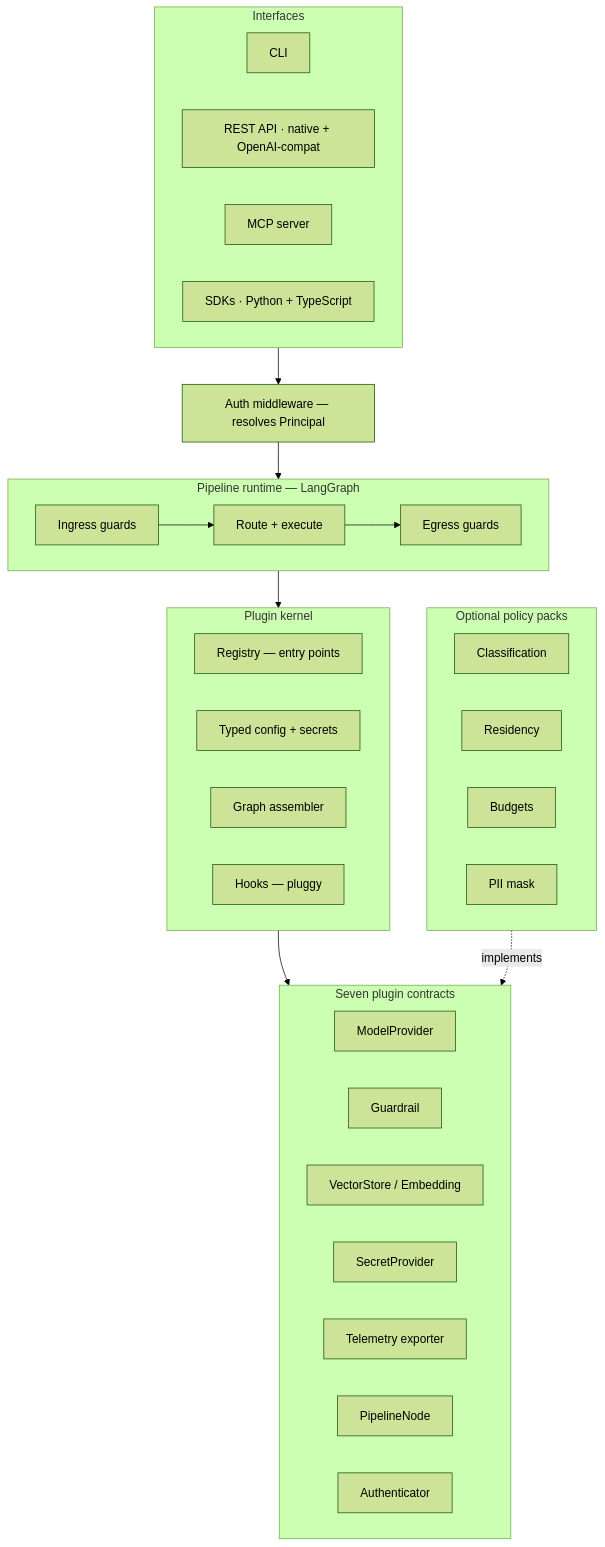
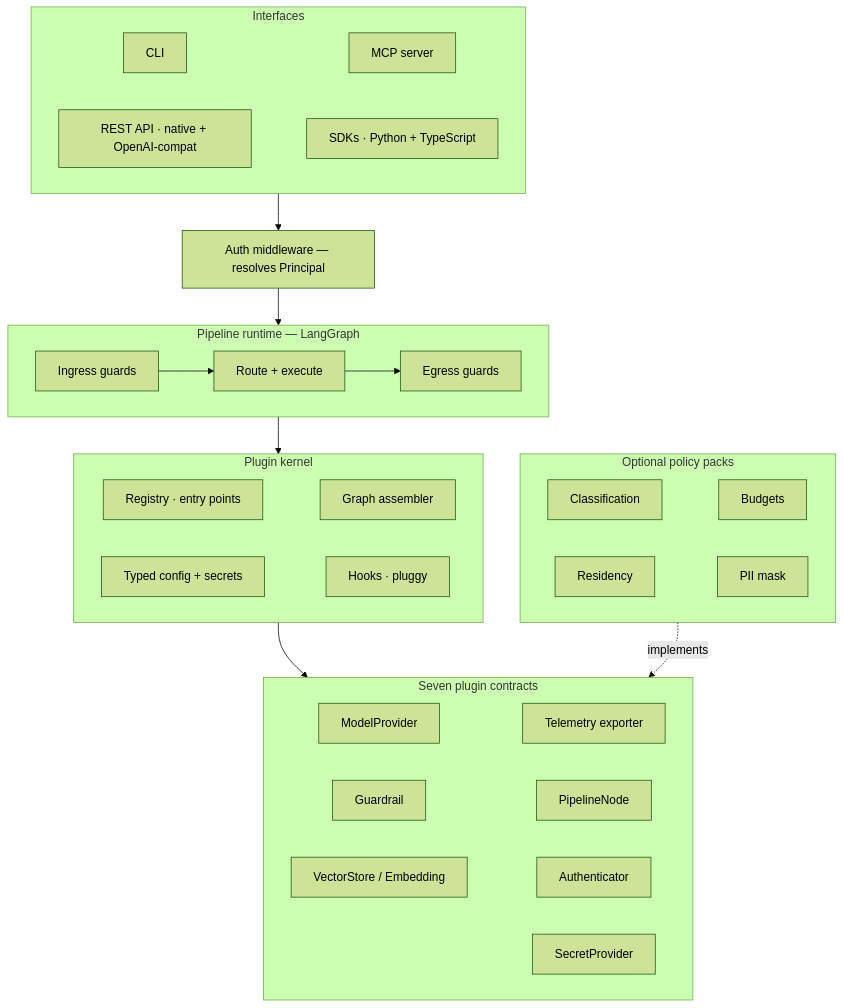
Before and after one commit to e-choness/portfolio-site: the first of 2 diagrams in _posts/2026-05-13-rebuilding-aegis-as-a-framework.md, drawn with Mermaid (forest theme). The commit also changed other lines of this file and 22 other files, not shown here.

Commit message:
improve diagram display

````diff
--- a/_posts/2026-05-13-rebuilding-aegis-as-a-framework.md
+++ b/_posts/2026-05-13-rebuilding-aegis-as-a-framework.md
@@ -36,36 +36,46 @@
 ```mermaid
 flowchart TD
     subgraph IF[Interfaces]
         CLI[CLI]
         REST[REST API · native + OpenAI-compat]
         MCPS[MCP server]
         SDK[SDKs · Python + TypeScript]
+        CLI ~~~ MCPS
+        REST ~~~ SDK
     end
     AUTH[Auth middleware — resolves Principal]
     subgraph PR[Pipeline runtime — LangGraph]
+        direction LR
         IN[Ingress guards] --> RX[Route + execute] --> EG[Egress guards]
     end
     subgraph K[Plugin kernel]
-        REG[Registry — entry points]
+        REG[Registry · entry points]
         CFG[Typed config + secrets]
         ASM[Graph assembler]
-        HK[Hooks — pluggy]
+        HK[Hooks · pluggy]
+        REG ~~~ ASM
+        CFG ~~~ HK
     end
     subgraph C[Seven plugin contracts]
         MP[ModelProvider]
         GP[Guardrail]
         RG[VectorStore / Embedding]
         SP[SecretProvider]
         TE[Telemetry exporter]
         PN[PipelineNode]
         AU[Authenticator]
+        MP ~~~ TE
+        GP ~~~ PN
+        RG ~~~ AU
     end
     subgraph PP[Optional policy packs]
         CL[Classification]
         RES[Residency]
         BUD[Budgets]
         PII[PII mask]
+        CL ~~~ BUD
+        RES ~~~ PII
     end
     IF --> AUTH --> PR --> K --> C
     PP -. implements .-> C
 ```
````
